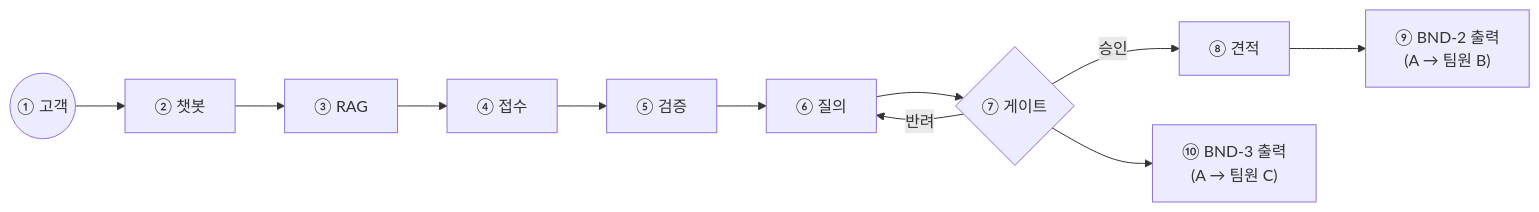
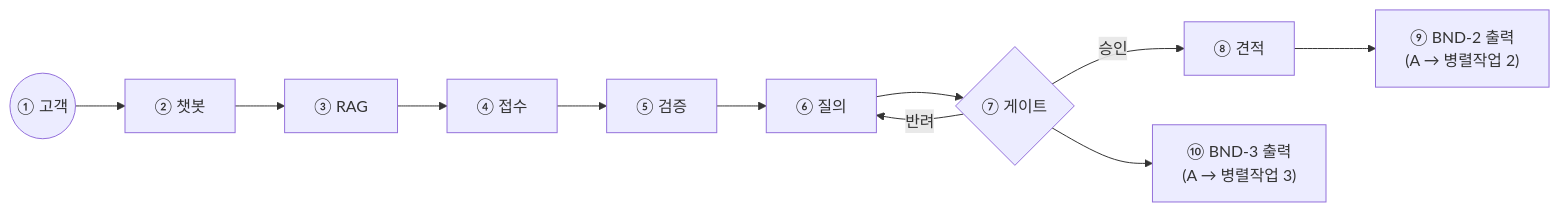
The diagram in docs/hackathon/PARALLEL_1_SPEC.md (kyungsikjeung/agt001), drawn with Mermaid before and after one commit. The commit also changed other lines of this file and 76 other files, not shown here.

````diff
--- a/docs/hackathon/PARALLEL_1_SPEC.md
+++ b/docs/hackathon/PARALLEL_1_SPEC.md
@@ -39,11 +39,11 @@
 ```mermaid
 flowchart LR
     CUST(("① 고객")) --> CHAT["② 챗봇"]
     CHAT --> RAG["③ RAG"]
     RAG --> INTAKE["④ 접수"] --> VALIDATE["⑤ 검증"] --> ASK["⑥ 질의"]
     ASK --> GATE{"⑦ 게이트"}
     GATE -->|반려| ASK
     GATE -->|승인| QUOTE["⑧ 견적"]
-    QUOTE --> OUT1["⑨ BND-2 출력\n(A → 팀원 B)"]
-    GATE --> OUT2["⑩ BND-3 출력\n(A → 팀원 C)"]
+    QUOTE --> OUT1["⑨ BND-2 출력\n(A → 병렬작업 2)"]
+    GATE --> OUT2["⑩ BND-3 출력\n(A → 병렬작업 3)"]
 ```
````
